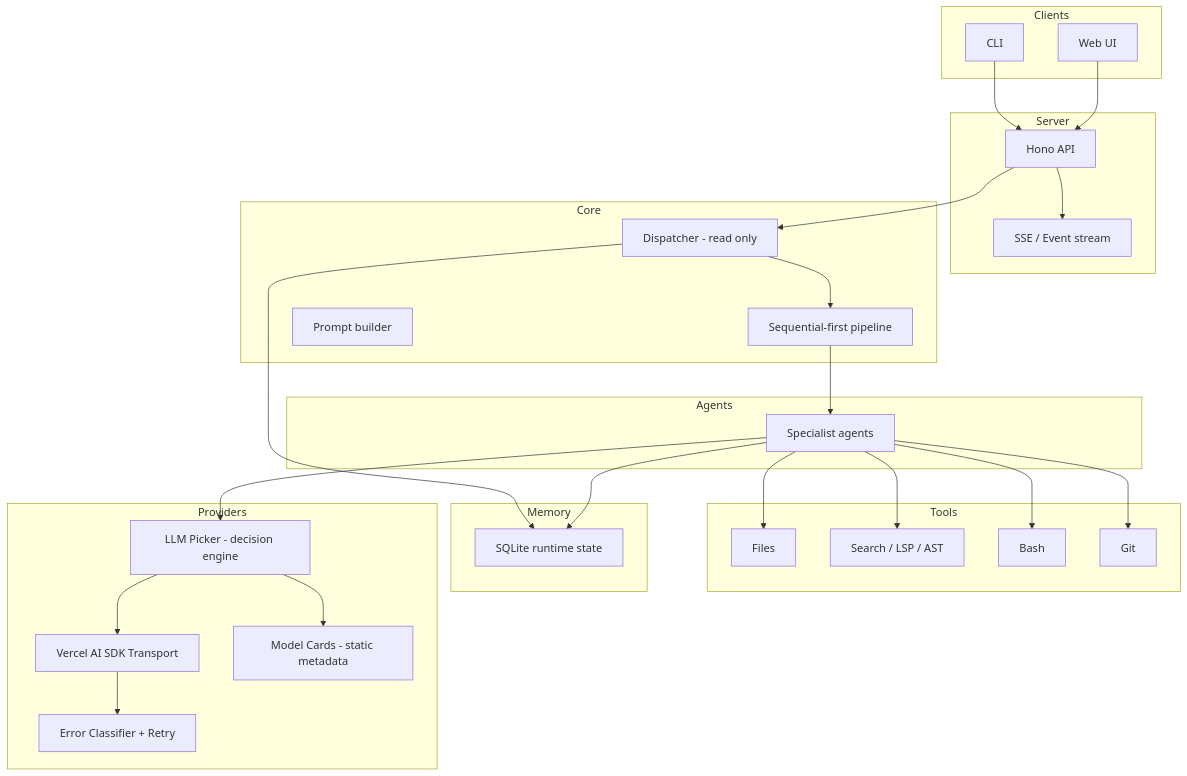
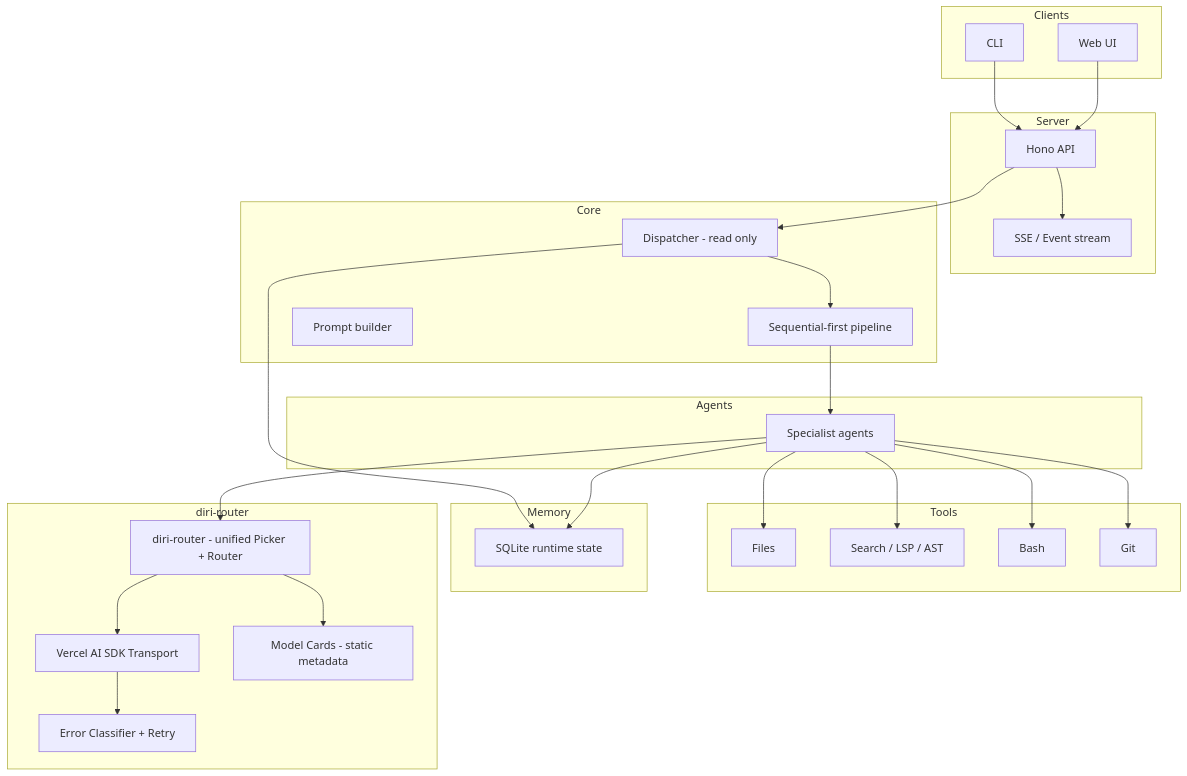
One commit to radoxtech/diricode changed the diagram in README.md. Above: the diagram before and after it, drawn with Mermaid. The commit also changed other lines of this file and 18 other files, not shown here.

First line of the commit message:
docs(diri-router): unified package ADRs, epic, and implementation order (#531)

````diff
--- a/README.md
+++ b/README.md
@@ -103,57 +103,57 @@
 ```mermaid
 graph TD
     subgraph Clients
         CLI[CLI]
         Web[Web UI]
     end
 
     subgraph Server
         API[Hono API]
         SSE[SSE / Event stream]
     end
 
     subgraph Core
         Dispatcher[Dispatcher - read only]
         Pipeline[Sequential-first pipeline]
         Prompt[Prompt builder]
     end
 
     subgraph Agents
         Specialists[Specialist agents]
     end
 
     subgraph Tools
         Files[Files]
         Search[Search / LSP / AST]
         Bash[Bash]
         Git[Git]
     end
 
     subgraph Memory
         SQLite[SQLite runtime state]
     end
 
-    subgraph Providers
+    subgraph diri-router
         AISDK[Vercel AI SDK Transport]
         Cards[Model Cards - static metadata]
-        Picker[LLM Picker - decision engine]
+        DiriRouter[diri-router - unified Picker + Router]
         ErrorClassifier[Error Classifier + Retry]
     end
 
     CLI --> API
     Web --> API
     API --> SSE
     API --> Dispatcher
     Dispatcher --> Pipeline
     Pipeline --> Specialists
     Specialists --> Files
     Specialists --> Search
     Specialists --> Bash
     Specialists --> Git
     Dispatcher --> SQLite
     Specialists --> SQLite
-    Specialists --> Picker
-    Picker --> Cards
-    Picker --> AISDK
+    Specialists --> DiriRouter
+    DiriRouter --> Cards
+    DiriRouter --> AISDK
     AISDK --> ErrorClassifier
 ```
````
